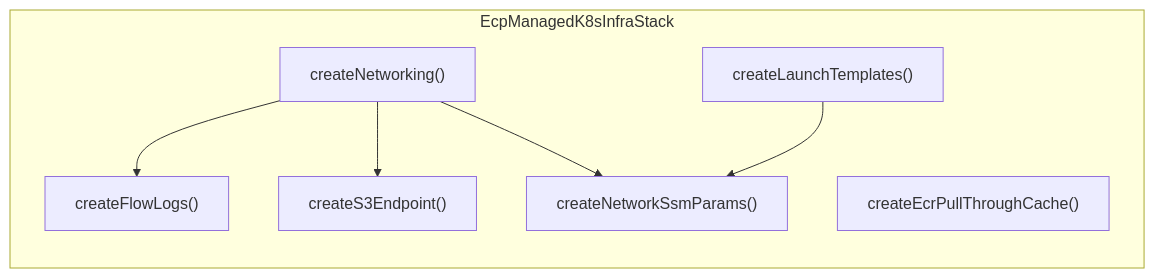
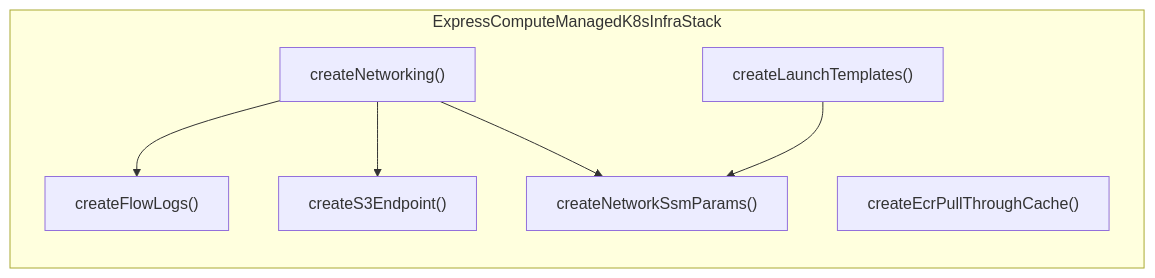
Before and after one commit to codriverlabs/express-compute-managed-k8s-infra: the second of 4 diagrams in .agents/summary/architecture.md, drawn with Mermaid. The commit also changed other lines of this file and 14 other files, not shown here.

Commit message:
Rename EcpManagedK8sInfraStack to ExpressComputeManagedK8sInfraStack

````diff
--- a/.agents/summary/architecture.md
+++ b/.agents/summary/architecture.md
@@ -34,16 +34,16 @@
 ```mermaid
 graph LR
-    subgraph EcpManagedK8sInfraStack
+    subgraph ExpressComputeManagedK8sInfraStack
         NET["createNetworking()"]
         FL["createFlowLogs()"]
         ECR["createEcrPullThroughCache()"]
         S3["createS3Endpoint()"]
         LT["createLaunchTemplates()"]
         SSM["createNetworkSsmParams()"]
     end
 
     NET --> FL
     NET --> S3
     NET --> SSM
     LT --> SSM
 ```
````
